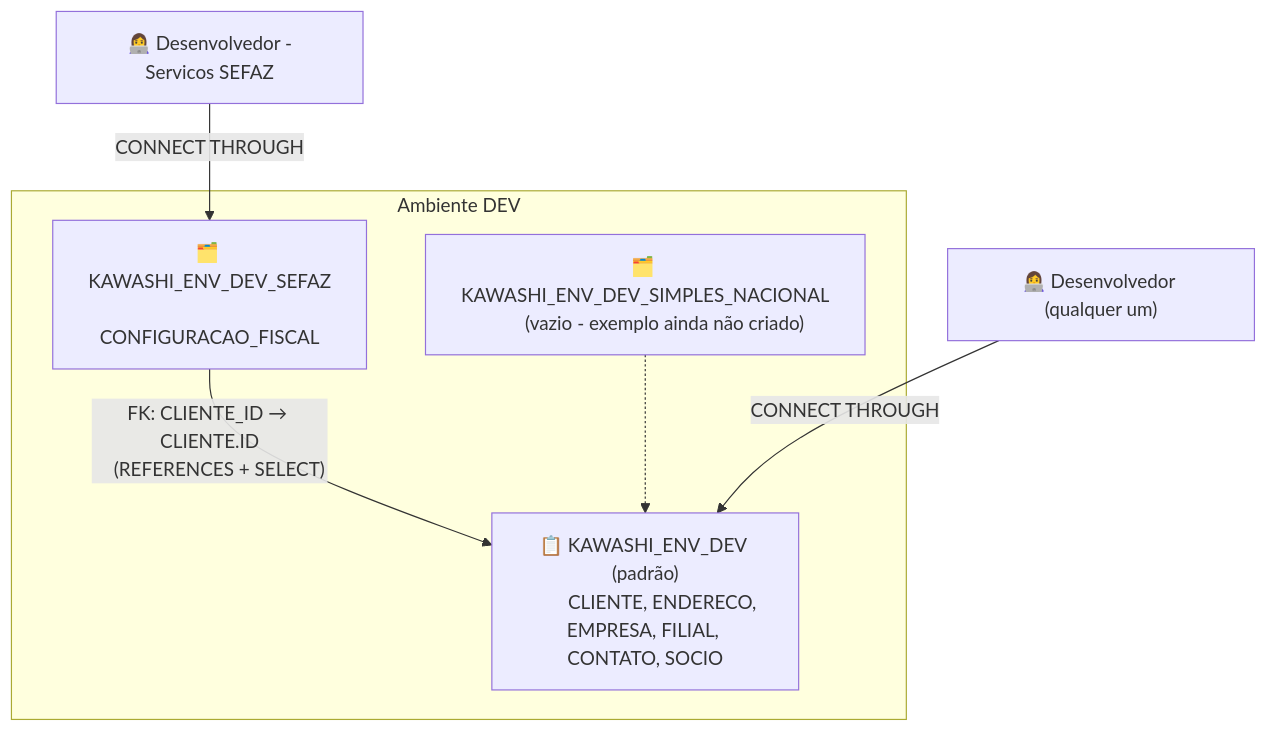
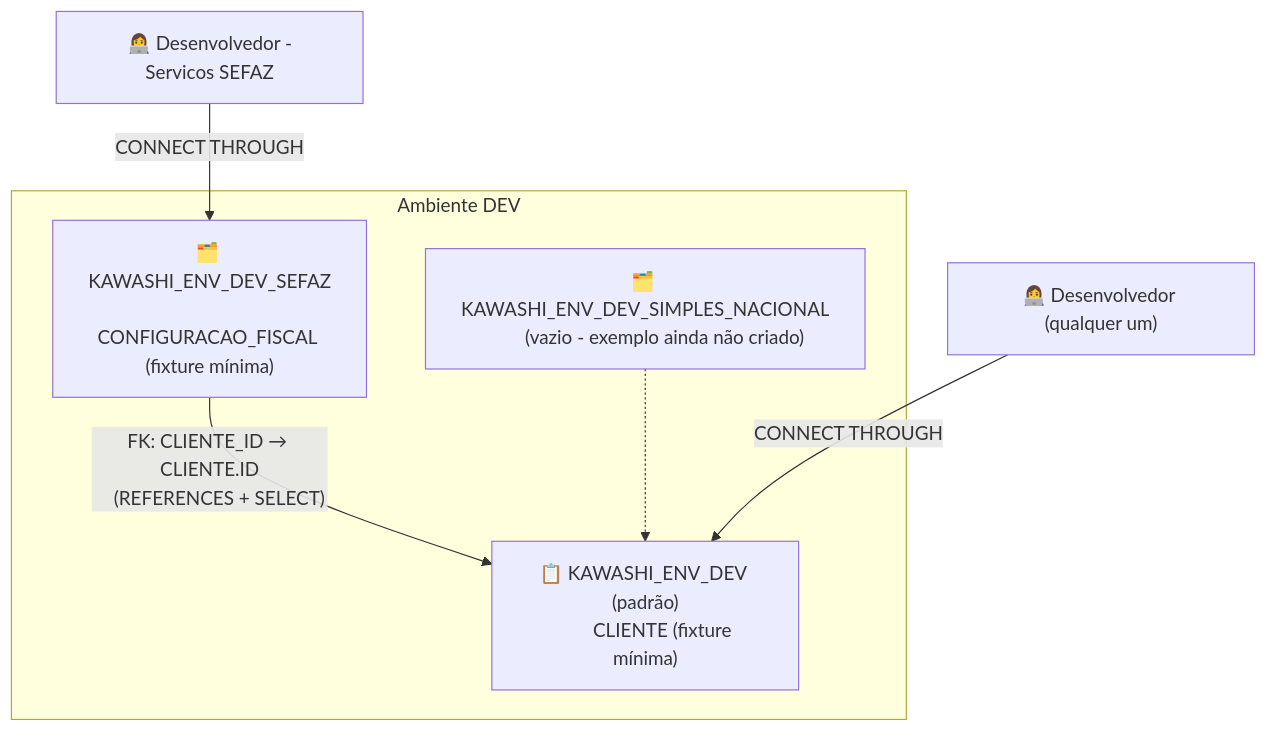
Before and after one commit to caioteixeir4/regras-banco-usp: the third of 5 diagrams in infra/docs/arquitetura.md, drawn with Mermaid. The commit also changed other lines of this file and 12 other files, not shown here.

````diff
--- a/infra/docs/arquitetura.md
+++ b/infra/docs/arquitetura.md
@@ -122,18 +122,18 @@
 ```mermaid
 flowchart TB
     subgraph DEV["Ambiente DEV"]
         Padrao["📋 KAWASHI_ENV_DEV (padrão)
-        CLIENTE, ENDERECO, EMPRESA, FILIAL, CONTATO, SOCIO"]
+        CLIENTE (fixture mínima)"]
         Sefaz["🗂️ KAWASHI_ENV_DEV_SEFAZ
-        CONFIGURACAO_FISCAL"]
+        CONFIGURACAO_FISCAL (fixture mínima)"]
         Simples["🗂️ KAWASHI_ENV_DEV_SIMPLES_NACIONAL
         (vazio - exemplo ainda não criado)"]
     end
 
     Sefaz -- "FK: CLIENTE_ID → CLIENTE.ID
     (REFERENCES + SELECT)" --> Padrao
     Simples -.-> Padrao
 
     DevComPadrao["👩‍💻 Desenvolvedor (qualquer um)"] -- "CONNECT THROUGH" --> Padrao
     DevComSefaz["👩‍💻 Desenvolvedor -Servicos SEFAZ"] -- "CONNECT THROUGH" --> Sefaz
 ```
````
